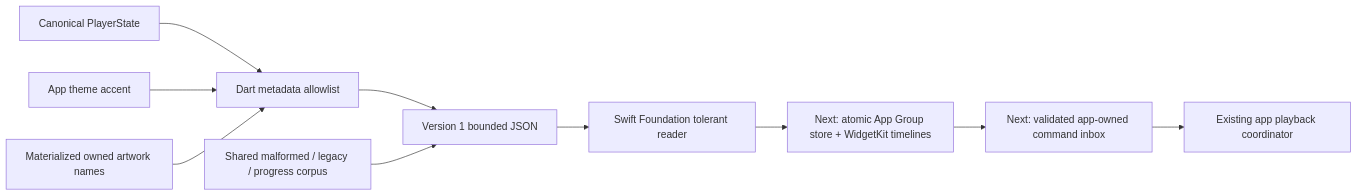
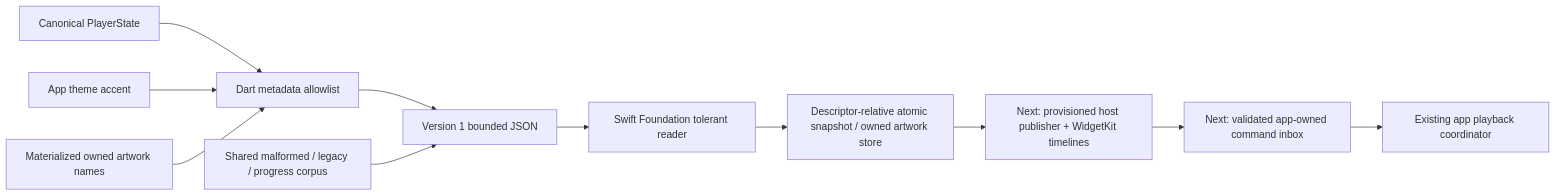
Before and after one commit to Lokal-music/lokal-mobile: the first of 2 diagrams in docs/IOS_WIDGETKIT.md, drawn with Mermaid. The commit also changed other lines of this file and 4 other files, not shown here.

Commit message:
Implement bounded atomic iPhone widget storage and native acceptance probes

````diff
--- a/docs/IOS_WIDGETKIT.md
+++ b/docs/IOS_WIDGETKIT.md
@@ -15,12 +17,13 @@
 ```mermaid
 flowchart LR
   State[Canonical PlayerState] --> Builder[Dart metadata allowlist]
   Theme[App theme accent] --> Builder
   Owned[Materialized owned artwork names] --> Builder
   Builder --> Contract[Version 1 bounded JSON]
   Corpus[Shared malformed / legacy / progress corpus] --> Contract
   Contract --> Reader[Swift Foundation tolerant reader]
-  Reader --> Future[Next: atomic App Group store + WidgetKit timelines]
+  Reader --> Store[Descriptor-relative atomic snapshot / owned artwork store]
+  Store --> Future[Next: provisioned host publisher + WidgetKit timelines]
   Future --> Action[Next: validated app-owned command inbox]
   Action --> Coordinator[Existing app playback coordinator]
 ```
````
